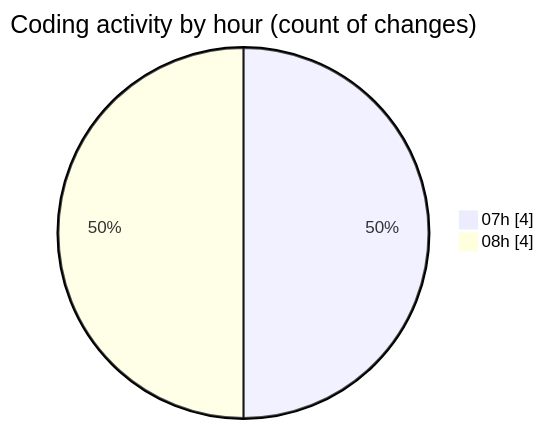
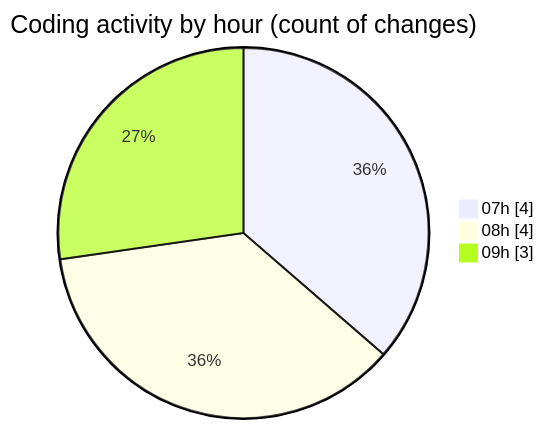
The second of 2 diagrams in 2025-09-16/totem2/README.md (LanceThiago/code-tracking), drawn with Mermaid before and after one commit. The commit also changed other lines of this file and 1 other file, not shown here.

````diff
--- a/2025-09-16/totem2/README.md
+++ b/2025-09-16/totem2/README.md
@@ -29,6 +29,7 @@
 ```mermaid
 pie showData
 title Coding activity by hour (count of changes)
 "07h" : 4
 "08h" : 4
+"09h" : 3
 ```
````
